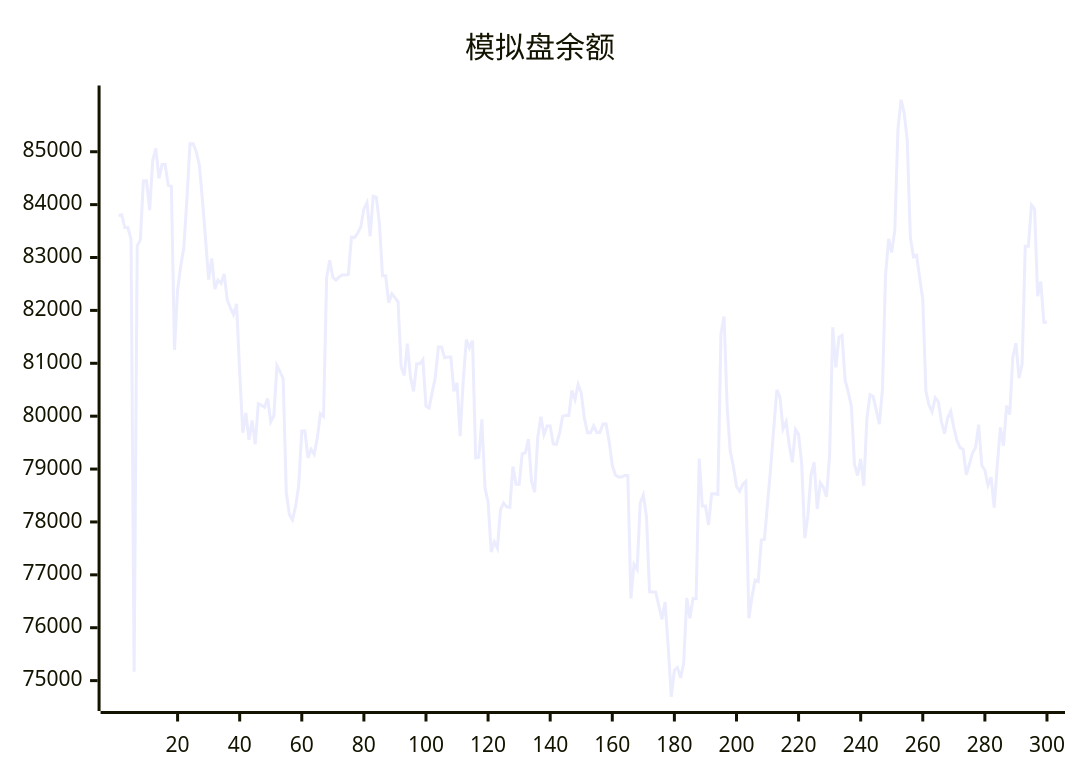
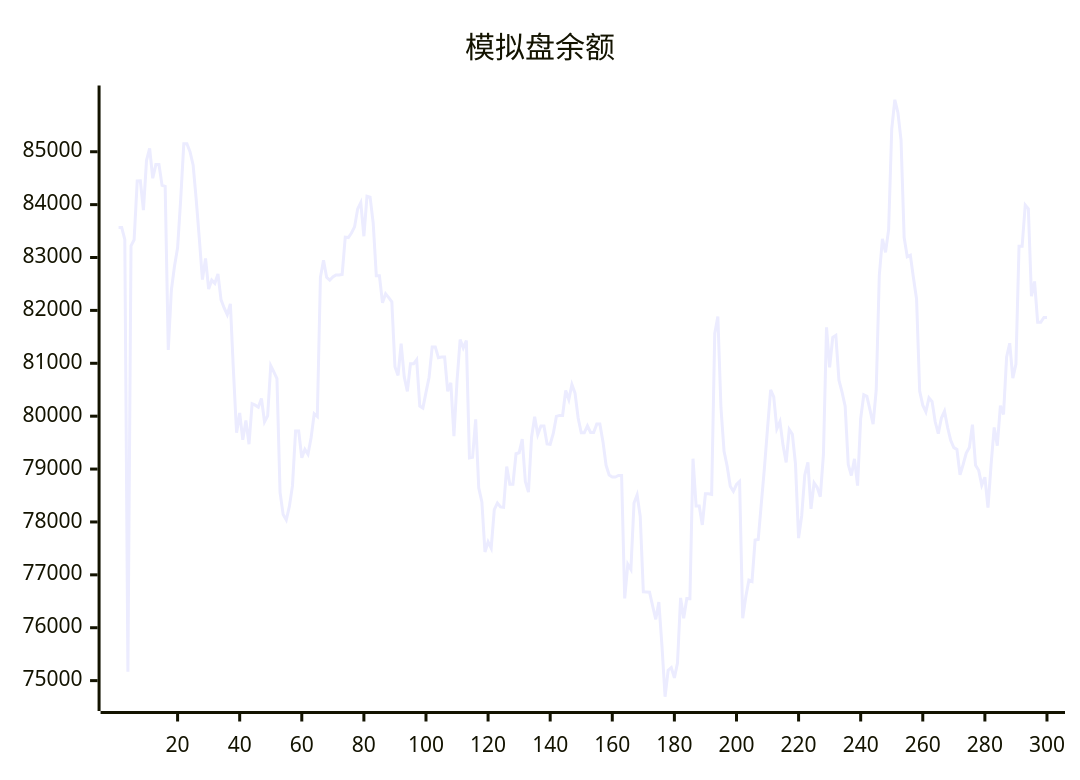
Before and after one commit to aahl/ai-trading: the diagram in README.md, drawn with Mermaid. The commit also changed other lines of this file and 1 other file, not shown here.

````diff
--- a/README.md
+++ b/README.md
@@ -5,5 +5,5 @@
 ```mermaid
 xychart
     title "模拟盘余额"
-    line [83795,83807,83567,83567,83342,75168,83222,83336,84448,84449,83896,84839,85065,84499,84757,84757,84364,84347,81254,82385,82835,83184,84099,85150,85150,85002,84751,84096,83356,82582,82983,82404,82572,82512,82688,82200,82047,81920,82125,80840,79688,80060,79552,79920,79470,80236,80208,80170,80336,79894,80006,80954,80837,80712,78561,78139,78037,78293,78682,79720,79720,79214,79372,79279,79591,80046,79993,82625,82950,82626,82571,82633,82670,82670,82681,83386,83378,83464,83579,83920,84037,83402,84160,84142,83652,82655,82655,82145,82315,82243,82163,80934,80770,81371,80742,80468,80989,80989,81067,80191,80155,80450,80737,81309,81309,81106,81119,81119,80471,80631,79624,80670,81448,81290,81429,79212,79222,79940,78643,78380,77432,77623,77504,78235,78358,78284,78277,79048,78714,78714,79290,79308,79567,78763,78563,79603,79988,79652,79813,79813,79476,79469,79673,79995,80015,80015,80486,80314,80600,80436,79966,79689,79689,79819,79692,79692,79850,79850,79518,79071,78889,78850,78850,78878,78878,76554,77202,77103,78357,78510,78106,76678,76677,76672,76411,76159,76485,75656,74695,75197,75246,75052,75334,76564,76179,76553,76551,79196,78300,78300,77944,78531,78531,78521,81564,81884,80160,79335,79055,78675,78580,78708,78764,76179,76586,76902,76876,77658,77669,78346,79023,79769,80497,80366,79761,79896,79448,79126,79749,79658,79097,77695,78114,78888,79126,78249,78738,78653,78478,79271,81680,80923,81488,81527,80681,80455,80190,79084,78879,79193,78686,79954,80403,80374,80118,79848,80491,82665,83351,83098,83525,85430,85983,85737,85221,83378,83014,83043,82613,82216,80477,80208,80081,80348,80277,79894,79670,79965,80093,79786,79542,79406,79371,78893,79087,79304,79406,79841,79072,78978,78696,78846,78272,79085,79787,79442,80198,80031,81120,81379,80718,80985,83214,83212,83993,83921,82270,82547,81776,81776]
+    line [83567,83567,83342,75168,83222,83336,84448,84449,83896,84839,85065,84499,84757,84757,84364,84347,81254,82385,82835,83184,84099,85150,85150,85002,84751,84096,83356,82582,82983,82404,82572,82512,82688,82200,82047,81920,82125,80840,79688,80060,79552,79920,79470,80236,80208,80170,80336,79894,80006,80954,80837,80712,78561,78139,78037,78293,78682,79720,79720,79214,79372,79279,79591,80046,79993,82625,82950,82626,82571,82633,82670,82670,82681,83386,83378,83464,83579,83920,84037,83402,84160,84142,83652,82655,82655,82145,82315,82243,82163,80934,80770,81371,80742,80468,80989,80989,81067,80191,80155,80450,80737,81309,81309,81106,81119,81119,80471,80631,79624,80670,81448,81290,81429,79212,79222,79940,78643,78380,77432,77623,77504,78235,78358,78284,78277,79048,78714,78714,79290,79308,79567,78763,78563,79603,79988,79652,79813,79813,79476,79469,79673,79995,80015,80015,80486,80314,80600,80436,79966,79689,79689,79819,79692,79692,79850,79850,79518,79071,78889,78850,78850,78878,78878,76554,77202,77103,78357,78510,78106,76678,76677,76672,76411,76159,76485,75656,74695,75197,75246,75052,75334,76564,76179,76553,76551,79196,78300,78300,77944,78531,78531,78521,81564,81884,80160,79335,79055,78675,78580,78708,78764,76179,76586,76902,76876,77658,77669,78346,79023,79769,80497,80366,79761,79896,79448,79126,79749,79658,79097,77695,78114,78888,79126,78249,78738,78653,78478,79271,81680,80923,81488,81527,80681,80455,80190,79084,78879,79193,78686,79954,80403,80374,80118,79848,80491,82665,83351,83098,83525,85430,85983,85737,85221,83378,83014,83043,82613,82216,80477,80208,80081,80348,80277,79894,79670,79965,80093,79786,79542,79406,79371,78893,79087,79304,79406,79841,79072,78978,78696,78846,78272,79085,79787,79442,80198,80031,81120,81379,80718,80985,83214,83212,83993,83921,82270,82547,81776,81776,81866,81866]
 ```
````
